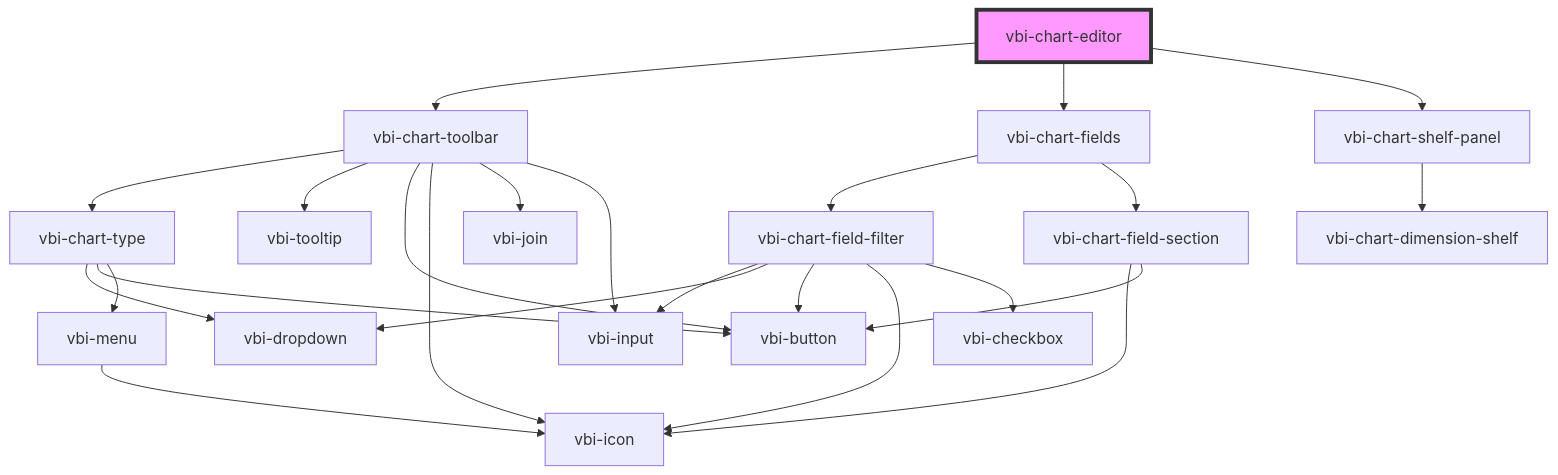
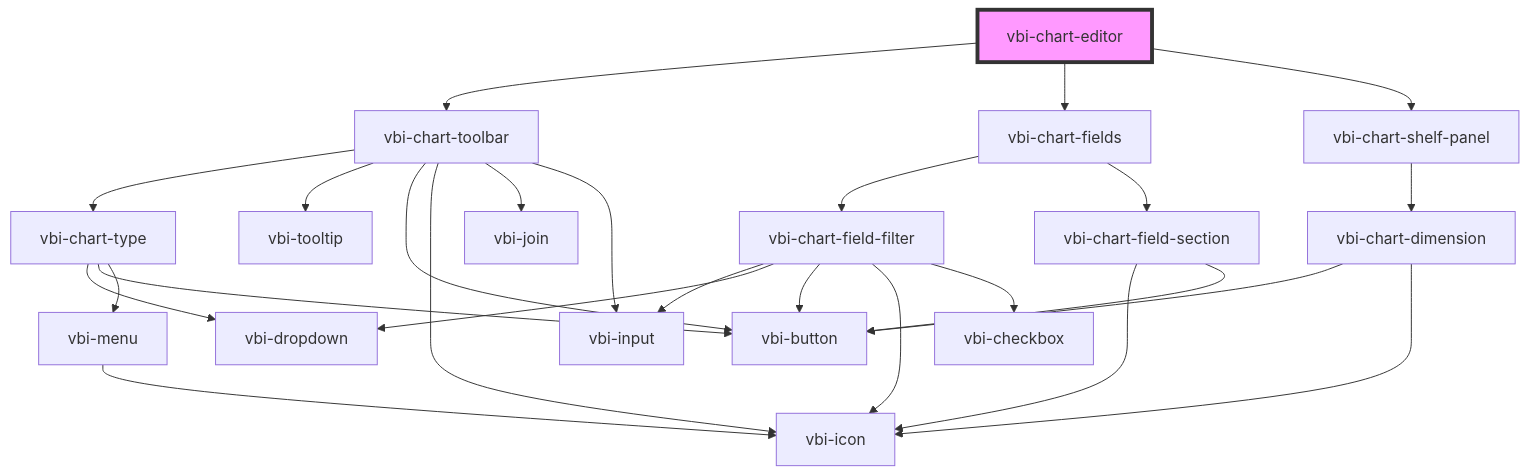
One commit to Ditto190/VBI-modme changed the diagram in packages/vbi-component/src/components/chart/vbi-chart-editor/readme.md. Above: the diagram before and after it, drawn with Mermaid. The commit also changed 10 other files, not shown here.

````diff
--- a/packages/vbi-component/src/components/chart/vbi-chart-editor/readme.md
+++ b/packages/vbi-component/src/components/chart/vbi-chart-editor/readme.md
@@ -17,27 +17,29 @@
 ```mermaid
 graph TD;
   vbi-chart-editor --> vbi-chart-toolbar
   vbi-chart-editor --> vbi-chart-fields
   vbi-chart-editor --> vbi-chart-shelf-panel
   vbi-chart-toolbar --> vbi-chart-type
   vbi-chart-toolbar --> vbi-tooltip
   vbi-chart-toolbar --> vbi-button
   vbi-chart-toolbar --> vbi-icon
   vbi-chart-toolbar --> vbi-join
   vbi-chart-toolbar --> vbi-input
   vbi-chart-type --> vbi-dropdown
   vbi-chart-type --> vbi-button
   vbi-chart-type --> vbi-menu
   vbi-menu --> vbi-icon
   vbi-chart-fields --> vbi-chart-field-filter
   vbi-chart-fields --> vbi-chart-field-section
   vbi-chart-field-filter --> vbi-input
   vbi-chart-field-filter --> vbi-dropdown
   vbi-chart-field-filter --> vbi-button
   vbi-chart-field-filter --> vbi-icon
   vbi-chart-field-filter --> vbi-checkbox
   vbi-chart-field-section --> vbi-icon
   vbi-chart-field-section --> vbi-button
-  vbi-chart-shelf-panel --> vbi-chart-dimension-shelf
+  vbi-chart-shelf-panel --> vbi-chart-dimension
+  vbi-chart-dimension --> vbi-button
+  vbi-chart-dimension --> vbi-icon
   style vbi-chart-editor fill:#f9f,stroke:#333,stroke-width:4px
 ```
````
